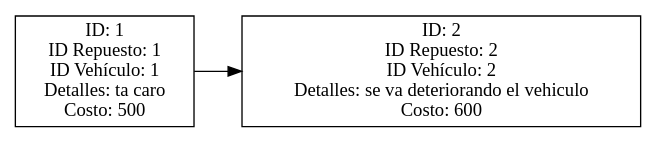
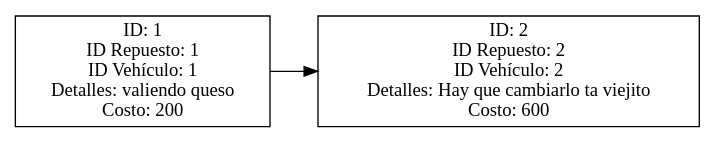
The diagram in Fase#1/Graficas/Cola.dot (Farot30/-EDD-1S2025_202307820), drawn with Graphviz before and after one commit. The commit also changed 29 other files, not shown here.

```diff
--- a/Fase#1/Graficas/Cola.dot
+++ b/Fase#1/Graficas/Cola.dot
@@ -1,7 +1,7 @@
 digraph G {
 rankdir=LR;
 node [shape=record];
-"1" [label="ID: 1\nID Repuesto: 1\nID Vehículo: 1\nDetalles: ta caro\nCosto: 500"];
+"1" [label="ID: 1\nID Repuesto: 1\nID Vehículo: 1\nDetalles: valiendo queso\nCosto: 200"];
 "1" -> "2";
-"2" [label="ID: 2\nID Repuesto: 2\nID Vehículo: 2\nDetalles: se va deteriorando el vehiculo\nCosto: 600"];
+"2" [label="ID: 2\nID Repuesto: 2\nID Vehículo: 2\nDetalles: Hay que cambiarlo ta viejito\nCosto: 600"];
 }
```
